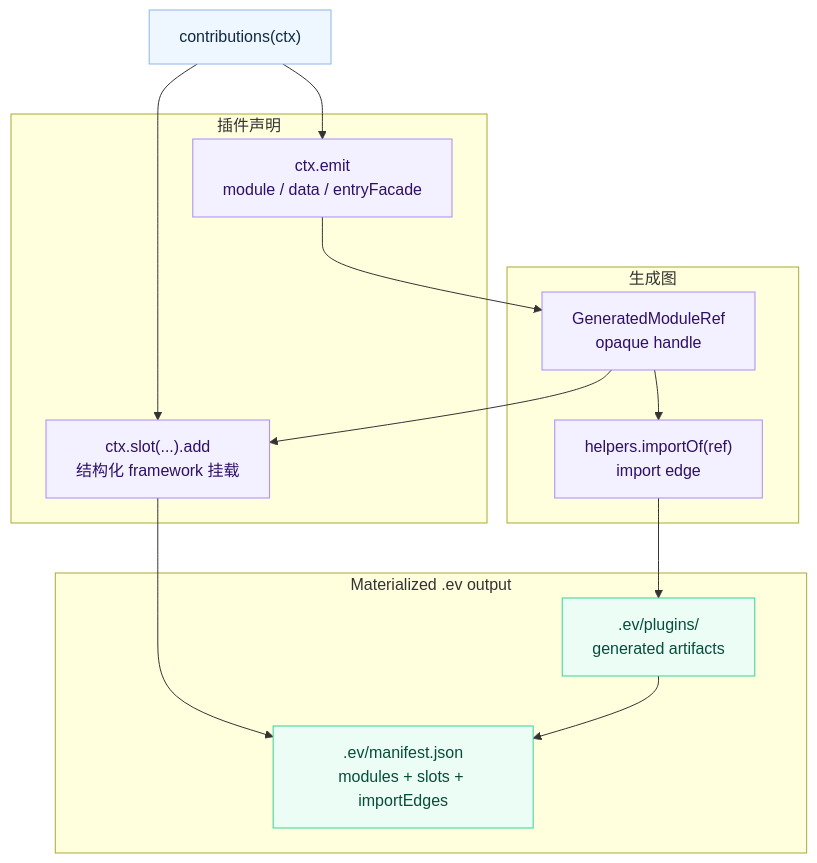
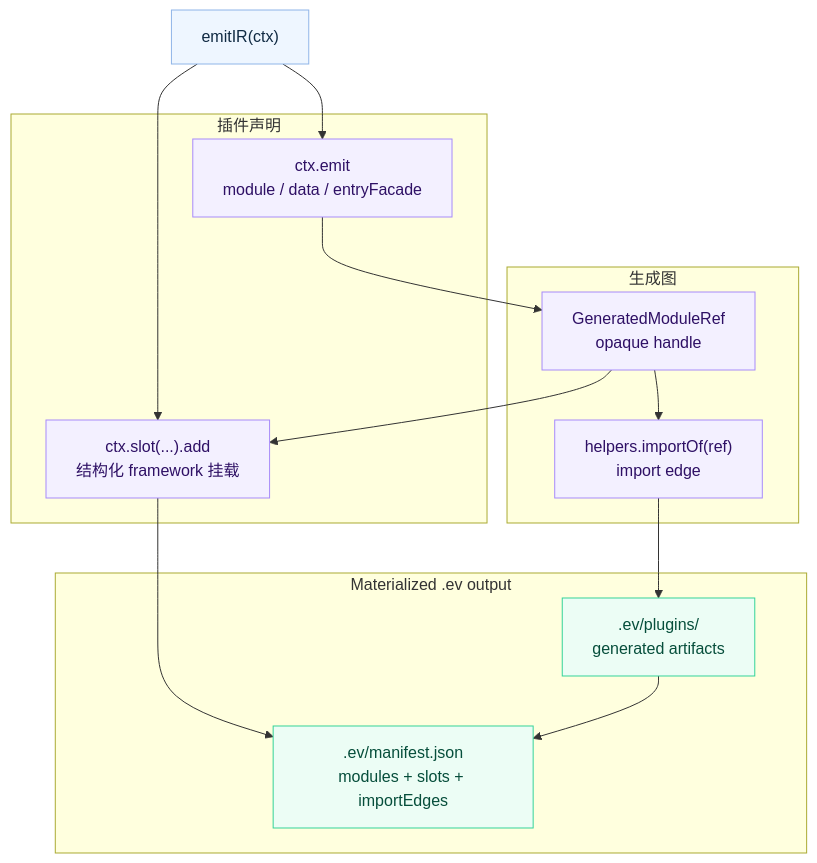
One commit to afx-team/evjs changed the diagram in docs/i18n/zh-Hans/docusaurus-plugin-content-docs/current/generated-contributions.md. Above: the diagram before and after it, drawn with Mermaid. The commit also changed other lines of this file and 228 other files, not shown here.

````diff
--- a/docs/i18n/zh-Hans/docusaurus-plugin-content-docs/current/generated-contributions.md
+++ b/docs/i18n/zh-Hans/docusaurus-plugin-content-docs/current/generated-contributions.md
@@ -21,35 +21,35 @@
 ```mermaid
 flowchart TB
-  Hook["contributions(ctx)"]
+  Hook["emitIR(ctx)"]
 
   subgraph Declare["插件声明"]
     Emit["ctx.emit\nmodule / data / entryFacade"]
     Slot["ctx.slot(...).add\n结构化 framework 挂载"]
   end
 
   subgraph Link["生成图"]
     Ref["GeneratedModuleRef\nopaque handle"]
     Edge["helpers.importOf(ref)\nimport edge"]
   end
 
   subgraph Materialize["Materialized .ev output"]
-    Files[".ev/plugins/<plugin>\ngenerated artifacts"]
+    Files[".ev/plugins/<id>\ngenerated artifacts"]
     Manifest[".ev/manifest.json\nmodules + slots + importEdges"]
   end
 
   Hook --> Emit
   Hook --> Slot
   Emit --> Ref
   Ref --> Edge
   Ref --> Slot
   Edge --> Files
   Slot --> Manifest
   Files --> Manifest
 
   classDef hook fill:#eef6ff,stroke:#8fb5e8,color:#102a43;
   classDef declaration fill:#f3f0ff,stroke:#a78bfa,color:#2e1065;
   classDef output fill:#ecfdf5,stroke:#34d399,color:#064e3b;
   class Hook hook;
   class Emit,Slot,Ref,Edge declaration;
   class Files,Manifest output;
 ```
````
